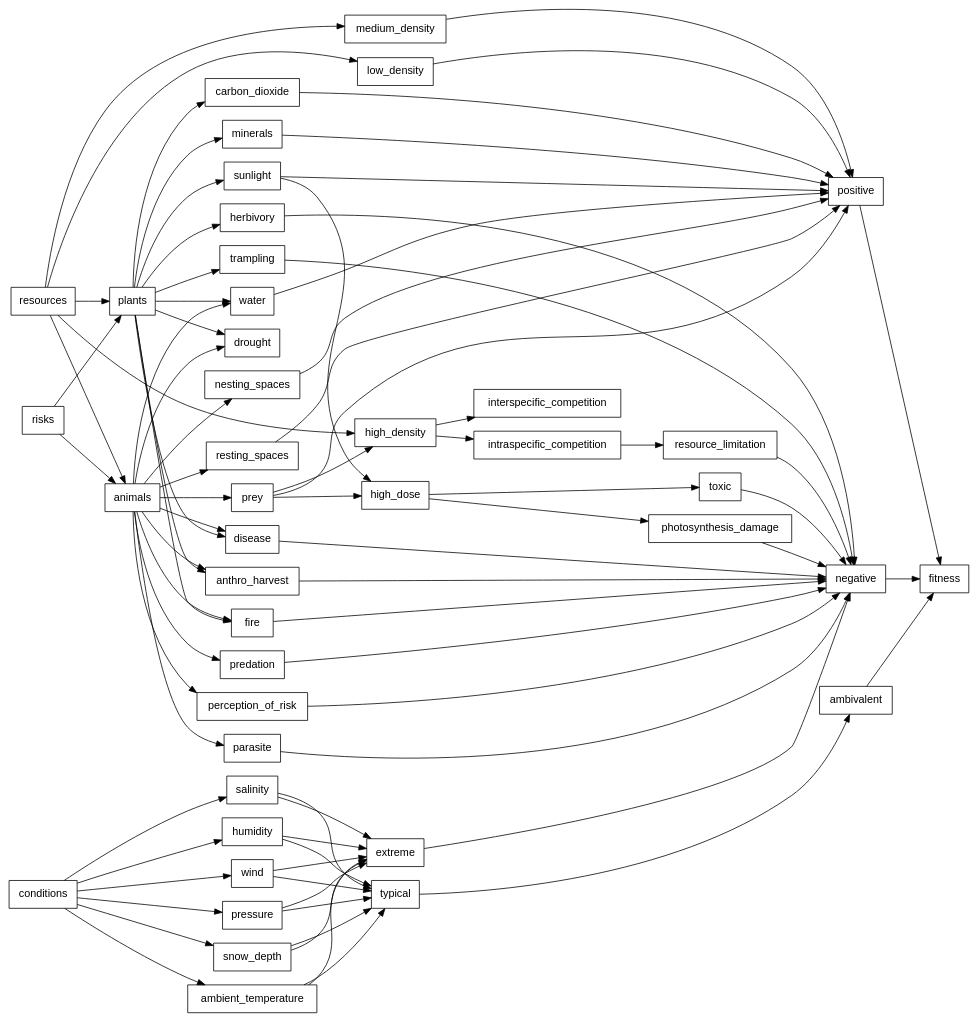
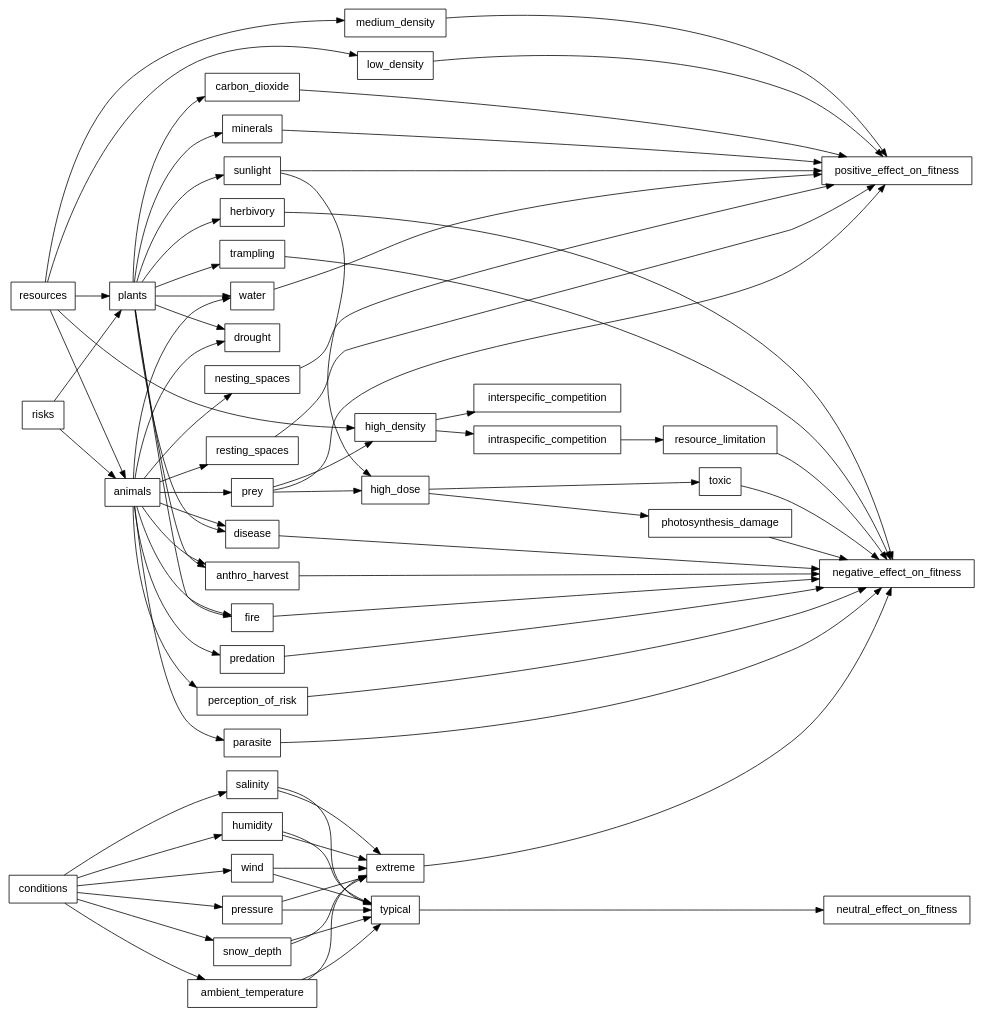
One commit to robitalec/comprehensive-exam changed the diagram in gv/resources-risks-conditions.gv. Above: the diagram before and after it, drawn with Graphviz.

Commit message:
effect on fitness

```diff
--- a/gv/resources-risks-conditions.gv
+++ b/gv/resources-risks-conditions.gv
@@ -1,84 +1,82 @@
 digraph resources_risks_conditions {
 	rankdir = LR
   graph [fontsize = 12]
 
 	node [shape = box, fontname = Helvetica]
 
 		{rank=same
 	    resources
 	    risks
 	    conditions
 		}
 
 		{rank=same
 		  animals
 		  plants
 		}
 
 		{rank=same
-			positive
-			negative
-			ambivalent
+			positive_effect_on_fitness
+			negative_effect_on_fitness
+			neutral_effect_on_fitness
 		}
 
 		{rank=same
 			sunlight
 			carbon_dioxide
 			water
 			minerals
 			prey
 			water
 			nesting_spaces
 			resting_spaces
 		}
 
 		{rank=same
 			high_density
 			low_density
 			medium_density
 			high_dose
 			typical
 			extreme
 		}
 
 		{rank=same
 			herbivory
 			trampling
 			anthro_harvest
 			fire
 			disease
 			drought
 			predation
 			perception_of_risk
 			parasite
 			disease
 		}
 
     resources -> plants -> {sunlight carbon_dioxide water minerals}
     resources -> animals -> {prey water nesting_spaces resting_spaces}
 
     risks -> plants -> {herbivory trampling anthro_harvest fire disease drought}
     risks -> animals -> {predation perception_of_risk parasite disease anthro_harvest fire drought}
 
     conditions -> {ambient_temperature salinity humidity wind pressure snow_depth} -> {extreme typical}
 
     prey -> high_dose -> toxic
     sunlight -> high_dose -> photosynthesis_damage
 
     prey -> high_density -> {interspecific_competition intraspecific_competition}
   	{intraspecific_competition intraspecific_competition} -> resource_limitation
 
     resources -> {low_density medium_density high_density}
 
-    extreme -> negative
-    typical -> ambivalent
+    extreme -> negative_effect_on_fitness
+    typical -> neutral_effect_on_fitness
 
-    {toxic photosynthesis_damage} -> negative
-    {herbivory trampling anthro_harvest fire disease parasite perception_of_risk predation resource_limitation} -> negative
+    {toxic photosynthesis_damage} -> negative_effect_on_fitness
+    {herbivory trampling anthro_harvest fire disease parasite perception_of_risk predation resource_limitation} -> negative_effect_on_fitness
 
-		{medium_density low_density, resting_spaces nesting_spaces prey} -> positive
-		{carbon_dioxide minerals water sunlight} -> positive
-
-    {positive  negative  ambivalent} -> fitness
+		{medium_density low_density, resting_spaces nesting_spaces prey} -> positive_effect_on_fitness
+		{carbon_dioxide minerals water sunlight} -> positive_effect_on_fitness
 
 }
```
